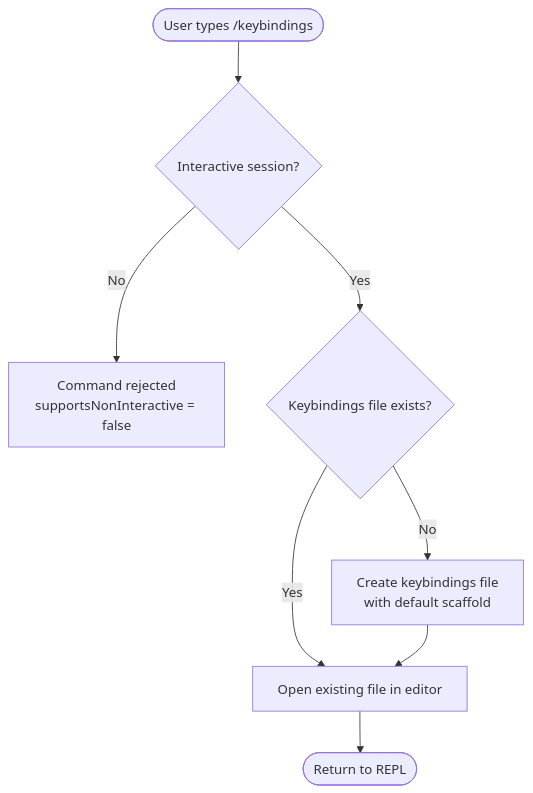
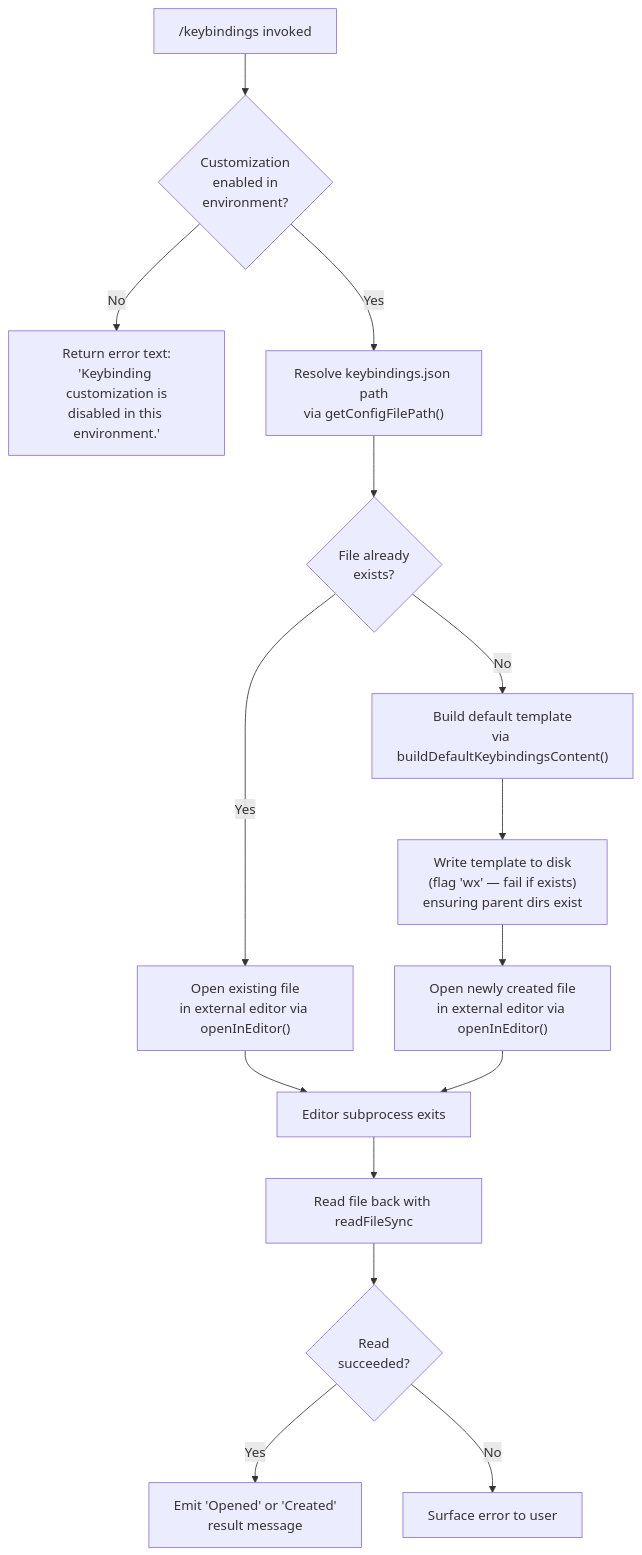
One commit to MyLittleLuckyDog/cc-gnothi changed the diagram in versions/v2.1.144/keybindings.md. Above: the diagram before and after it, drawn with Mermaid. The commit also changed other lines of this file and 483 other files, not shown here.

````diff
--- a/versions/v2.1.144/keybindings.md
+++ b/versions/v2.1.144/keybindings.md
@@ -46,10 +56,17 @@
 ```mermaid
 flowchart TD
-    A([User types /keybindings]) --> B{Interactive session?}
-    B -- No --> C[Command rejected\nsupportsNonInteractive = false]
-    B -- Yes --> D{Keybindings file exists?}
-    D -- Yes --> E[Open existing file in editor]
-    D -- No --> F[Create keybindings file\nwith default scaffold]
-    F --> E
-    E --> G([Return to REPL])
+    A["/keybindings invoked"] --> B{Customization\nenabled in\nenvironment?}
+    B -- No --> C["Return error text:\n'Keybinding customization is\ndisabled in this environment.'"]
+    B -- Yes --> D["Resolve keybindings.json path\nvia getConfigFilePath()"]
+    D --> E{File already\nexists?}
+    E -- Yes --> F["Open existing file\nin external editor via openInEditor()"]
+    E -- No --> G["Build default template\nvia buildDefaultKeybindingsContent()"]
+    G --> H["Write template to disk\n(flag 'wx' — fail if exists)\nensuring parent dirs exist"]
+    H --> I["Open newly created file\nin external editor via openInEditor()"]
+    F --> J["Editor subprocess exits"]
+    I --> J
+    J --> K["Read file back with readFileSync"]
+    K --> L{Read\nsucceeded?}
+    L -- Yes --> M["Emit 'Opened' or 'Created'\nresult message"]
+    L -- No --> N["Surface error to user"]
 ```
````
